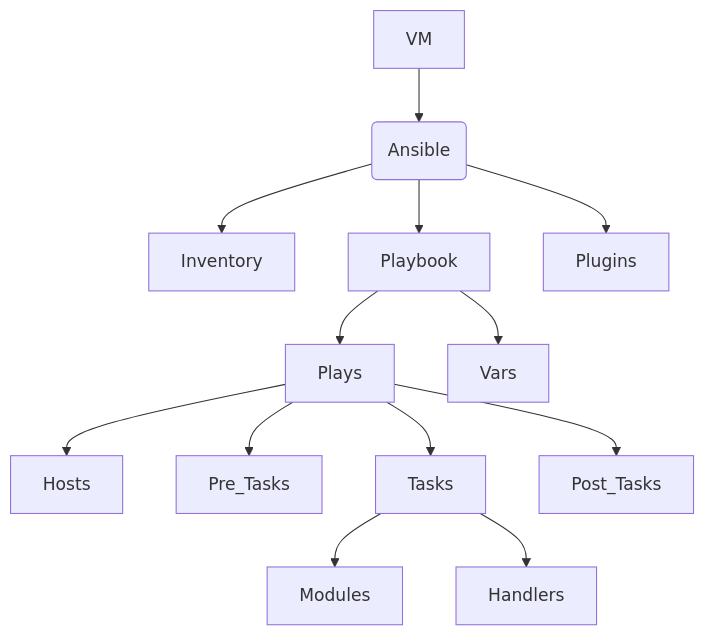
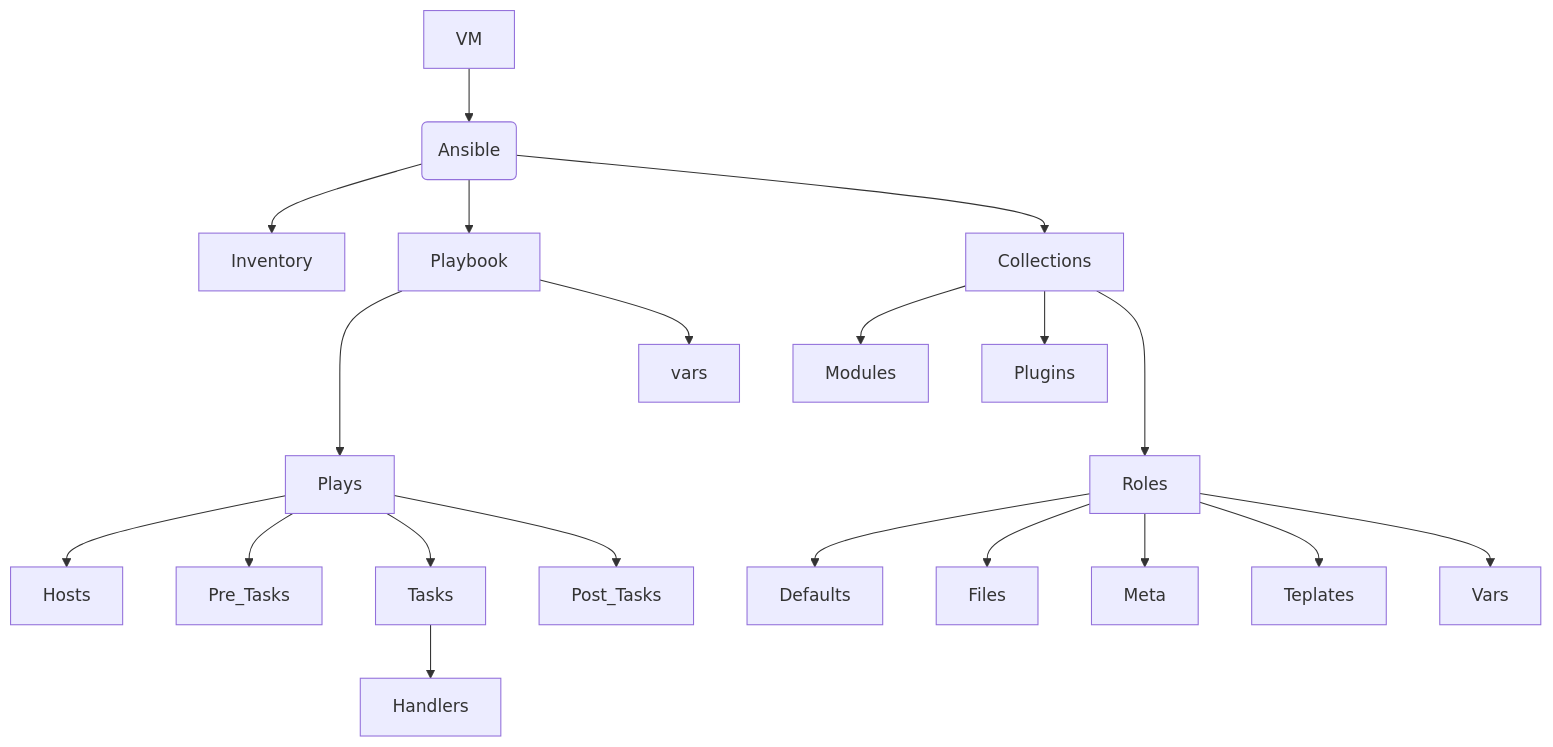
One commit to SojeLavis/AnsibleNotes changed the second of 4 diagrams in README.md. Above: the diagram before and after it, drawn with Mermaid. The commit also changed other lines of this file, not shown here.

````diff
--- a/README.md
+++ b/README.md
@@ -62,15 +62,23 @@
 ```mermaid
 graph TD;
     VM-->Ansible
     Ansible-->Inventory;
     Ansible(Ansible)-->Playbook;
     Plays-->Hosts;
-    Playbook-->Plays;
-    Playbook-->Vars;
-    Ansible-->Plugins;
+    Playbook--->Plays;
+    Playbook-->vars;
+    Ansible-->Collections;
+    Collections-->Modules;
+    Collections-->Plugins;
+    Collections--->Roles;
+    
+    Roles-->Defaults;
+    Roles-->Files;
+    Roles-->Meta;
+    Roles-->Teplates;
+    Roles-->Vars;
     Plays-->Pre_Tasks
     Plays-->Tasks
     Plays-->Post_Tasks
-    Tasks-->Modules
     Tasks-->Handlers
 ```
````
